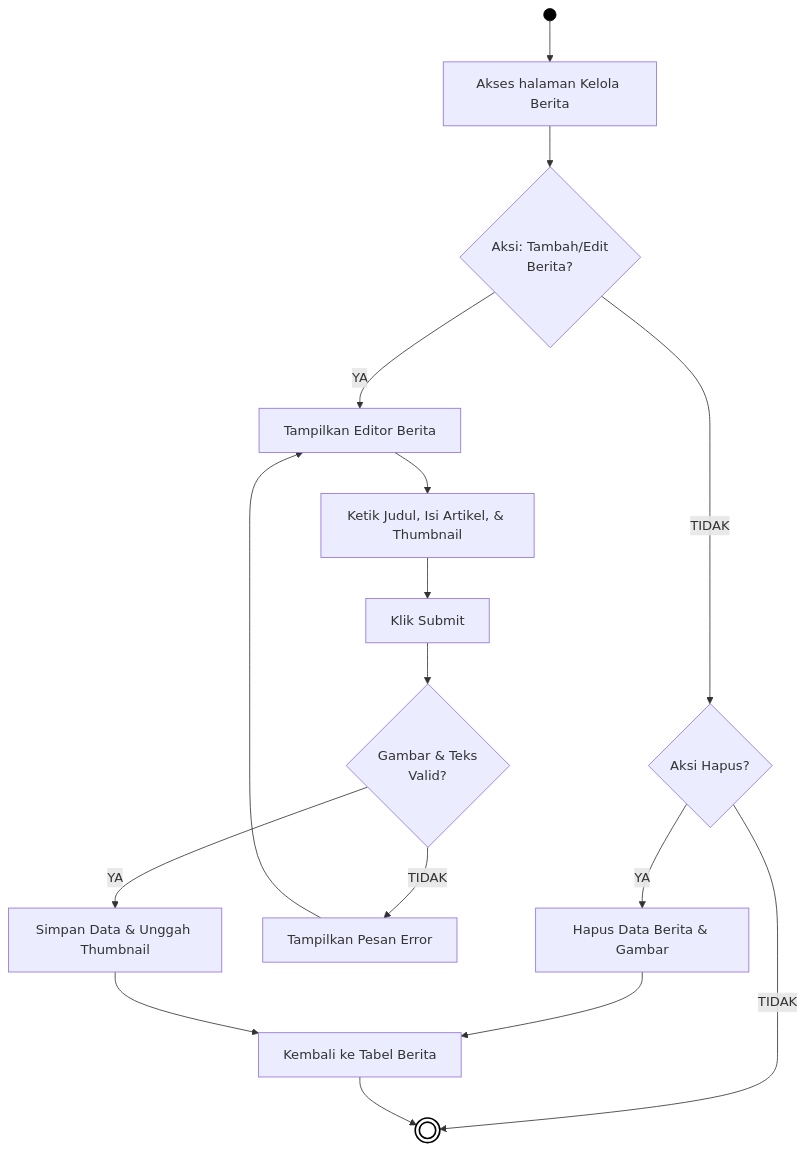
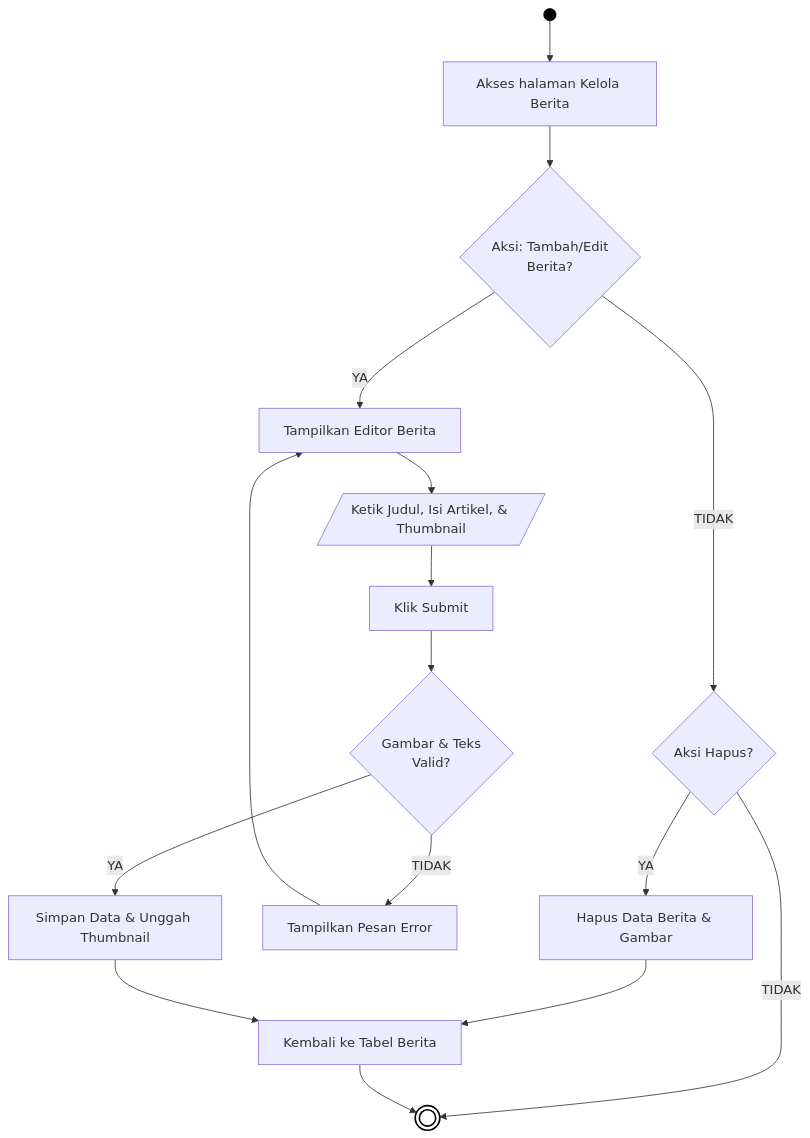
The seventh of 21 diagrams in docs/01_DIAGRAM_AKTIVITAS.md (arbain-dev/Web_fikom), drawn with Mermaid before and after one commit. The commit also changed other lines of this file and 2 other files, not shown here.

Commit message:
docs: perbaiki bentuk IO pada flowchart

````diff
--- a/docs/01_DIAGRAM_AKTIVITAS.md
+++ b/docs/01_DIAGRAM_AKTIVITAS.md
@@ -214,26 +214,26 @@
 ```mermaid
 flowchart TD
     Start(( )) --> A[Akses halaman Kelola Berita]
     
     A --> B{Aksi: Tambah/Edit\nBerita?}
     
     B -- TIDAK --> Hapus{Aksi Hapus?}
     Hapus -- YA --> HC[Hapus Data Berita & Gambar]
     Hapus -- TIDAK --> End((( )))
     HC --> I[Kembali ke Tabel Berita]
     
     B -- YA --> C[Tampilkan Editor Berita]
-    C --> D[Ketik Judul, Isi Artikel, & Thumbnail]
+    C --> D[/Ketik Judul, Isi Artikel, & Thumbnail/]
     D --> E[Klik Submit]
     
     E --> F{Gambar & Teks\nValid?}
     F -- TIDAK --> G[Tampilkan Pesan Error]
     G --> C
     
     F -- YA --> H[Simpan Data & Unggah Thumbnail]
     H --> I
     I --> End
     
     style Start fill:#000,stroke:#000,color:#000
     style End fill:#fff,stroke:#000,stroke-width:2px
 ```
````
